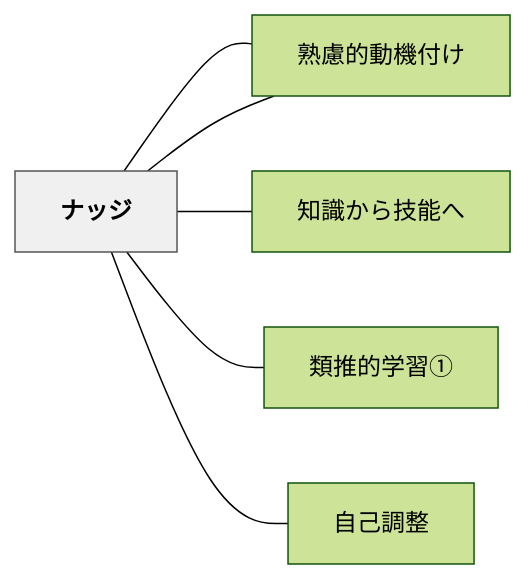
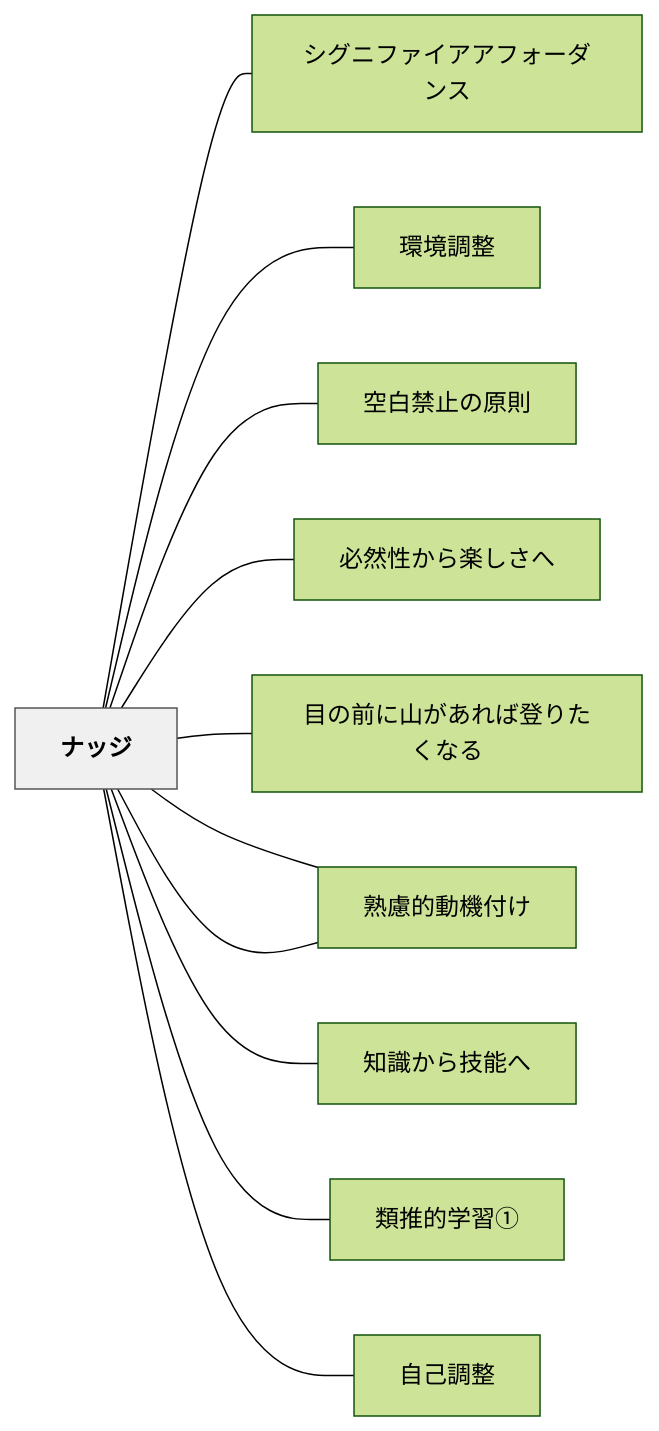
One commit to unknownthings-ed-patterns/unknownthings-ed-patterns changed the diagram in content/パタン/ナッジ.md. Above: the diagram before and after it, drawn with Mermaid (forest theme). The commit also changed other lines of this file and 473 other files, not shown here.

````diff
--- a/content/パタン/ナッジ.md
+++ b/content/パタン/ナッジ.md
@@ -80,18 +85,28 @@
 ```mermaid
 flowchart LR
     ne3838ae38383["ナッジ"]
+    ne382b7e382b0["シグニファイアアフォーダンス"]
+    ne792b0e5a283["環境調整"]
+    ne7a9bae799bd["空白禁止の原則"]
+    ne5bf85e784b6["必然性から楽しさへ"]
+    ne79baee381ae["目の前に山があれば登りたくなる"]
     ne7869fe685ae["熟慮的教材教具"]
     ne79fa5e8ad98["知識から技能へ"]
     ne9a19ee68ea8["類推的学習①"]
     ne887aae5b7b1["自己調整"]
     ne7869fe685ae["熟慮的動機付け"]
 
+    ne3838ae38383 --- ne382b7e382b0
+    ne3838ae38383 --- ne792b0e5a283
+    ne3838ae38383 --- ne7a9bae799bd
+    ne3838ae38383 --- ne5bf85e784b6
+    ne3838ae38383 --- ne79baee381ae
     ne3838ae38383 --- ne7869fe685ae
     ne3838ae38383 --- ne79fa5e8ad98
     ne3838ae38383 --- ne9a19ee68ea8
     ne3838ae38383 --- ne887aae5b7b1
     ne3838ae38383 --- ne7869fe685ae
 
     classDef hub fill:#f0f0f0,stroke:#555,color:#000,font-weight:bold
     class ne3838ae38383 hub
 ```
````
